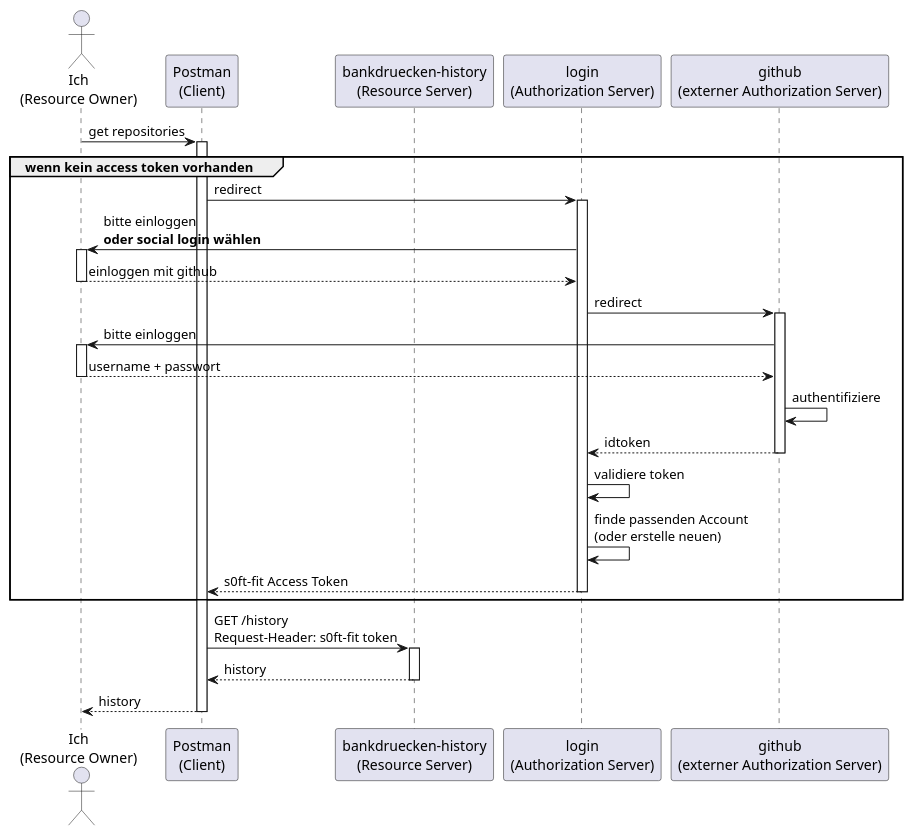
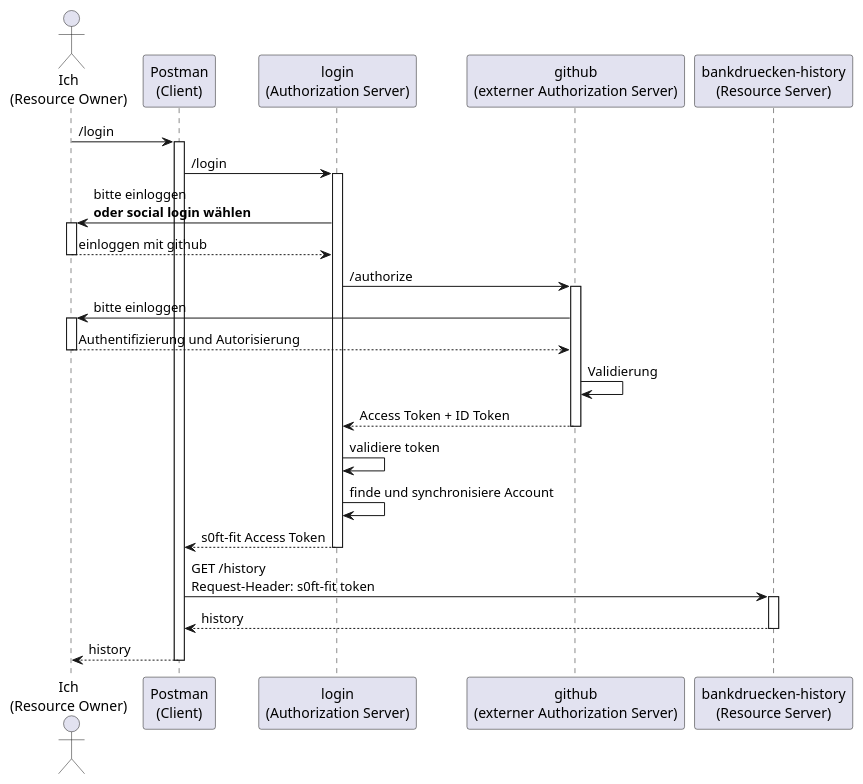
One commit to gaerfield/2021-08-oauth2-talk changed the third of 3 diagrams in 6_openid_connect.md. Above: the diagram before and after it, drawn with PlantUML. The commit also changed 6 other files, not shown here.

````diff
--- a/6_openid_connect.md
+++ b/6_openid_connect.md
@@ -84,25 +84,23 @@
 ```puml
 Actor "Ich\n(Resource Owner)" as reso
 participant "Postman\n(Client)" as client
-participant "bankdruecken-history\n(Resource Server)" as ress
 participant "login\n(Authorization Server)" as auth
 participant "github\n(externer Authorization Server)" as gauth
+participant "bankdruecken-history\n(Resource Server)" as ress
 
-reso -> client++ : get repositories
-group wenn kein access token vorhanden
-client -> auth++ : redirect
+reso -> client++ : /login
+client -> auth++ : /login
 auth -> reso++ : bitte einloggen\n**oder social login wählen**
 return einloggen mit github
-auth -> gauth++ : redirect
+auth -> gauth++ : /authorize
 gauth -> reso++ : bitte einloggen
-return username + passwort
-gauth -> gauth : authentifiziere
-return idtoken
+return Authentifizierung und Autorisierung
+gauth -> gauth : Validierung
+return Access Token + ID Token
 auth -> auth : validiere token
-auth -> auth : finde passenden Account\n(oder erstelle neuen)
+auth -> auth : finde und synchronisiere Account
 return s0ft-fit Access Token
-end
 client -> ress++ : GET /history\nRequest-Header: s0ft-fit token
 return history
 return history
 ```
````
